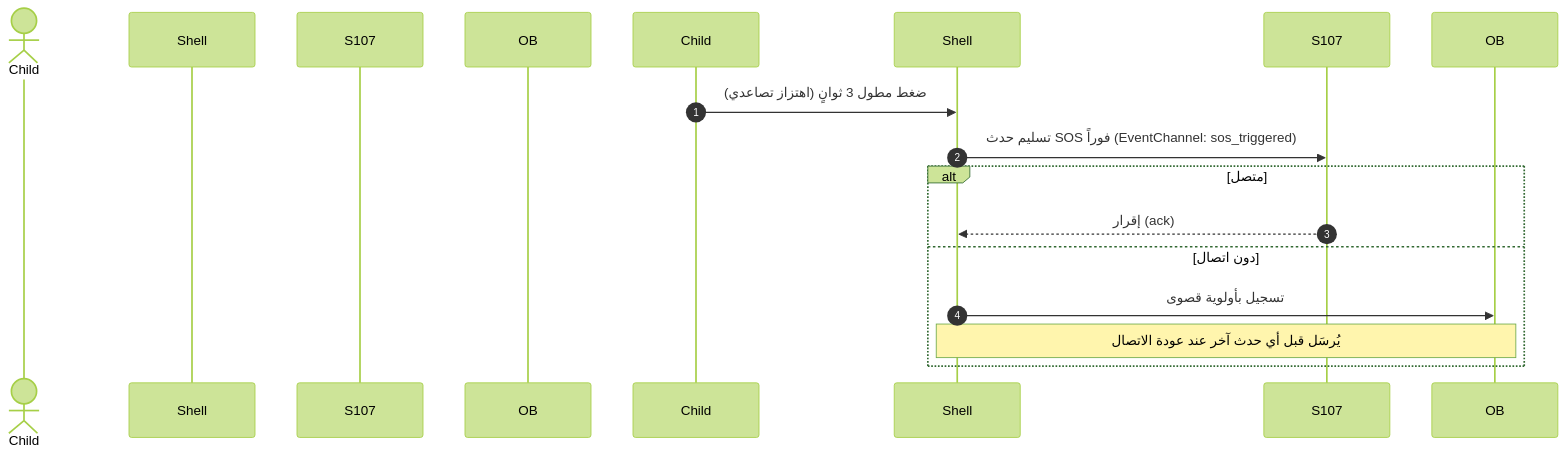
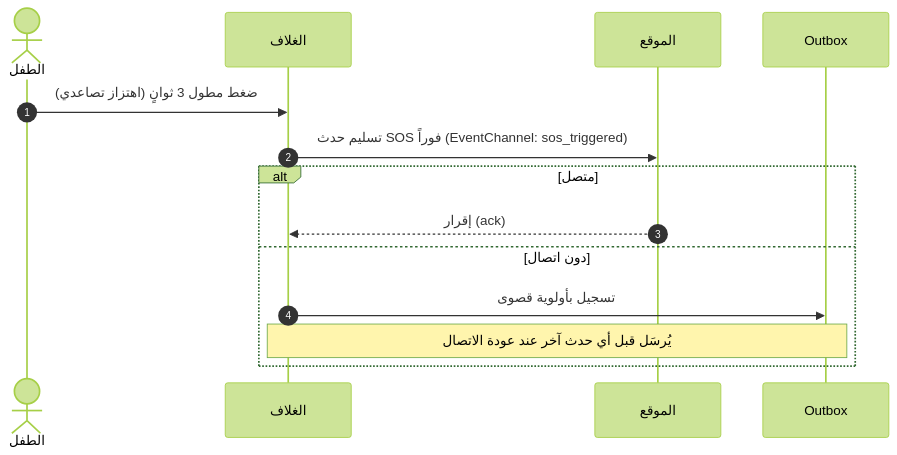
Before and after one commit to Bassam-mohammed-alqaeadi/family-os-v2: the sixth of 13 diagrams in docs/family-os/governance/phases/phase-1/S1-01-app-shell-and-platform/DIAGRAMS.md, drawn with Mermaid (forest theme). The commit also changed other lines of this file and 10 other files, not shown here.

Commit message:
إغلاق المراجعة الشاملة R1–R5 (Q-196…Q-231) — المخططات DIAGRAMS + خريطة السياق (2/4)

````diff
--- a/docs/family-os/governance/phases/phase-1/S1-01-app-shell-and-platform/DIAGRAMS.md
+++ b/docs/family-os/governance/phases/phase-1/S1-01-app-shell-and-platform/DIAGRAMS.md
@@ -216,16 +222,16 @@
 ```mermaid
 sequenceDiagram
     autonumber
-    actor الطفل as Child
-    participant الغلاف as Shell
-    participant الموقع as S107
-    participant Outbox as OB
+    actor Child as الطفل
+    participant Shell as الغلاف
+    participant S107 as الموقع
+    participant OB as Outbox
     Child->>Shell: ضغط مطول 3 ثوانٍ (اهتزاز تصاعدي)
     Shell->>S107: تسليم حدث SOS فوراً (EventChannel: sos_triggered)
     alt متصل
         S107-->>Shell: إقرار (ack)
     else دون اتصال
         Shell->>OB: تسجيل بأولوية قصوى
         Note over Shell,OB: يُرسَل قبل أي حدث آخر عند عودة الاتصال
     end
 ```
````
